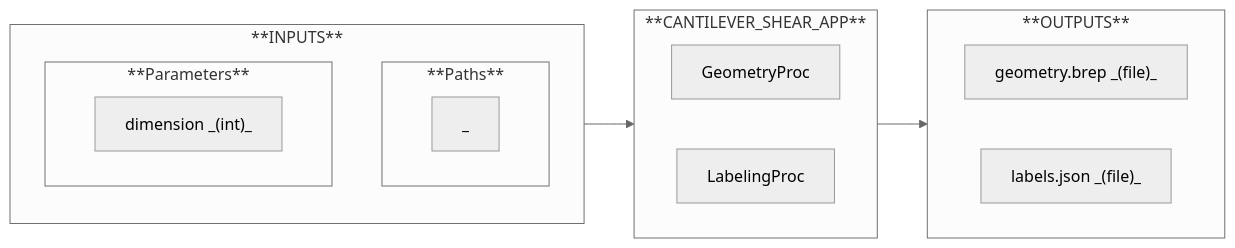
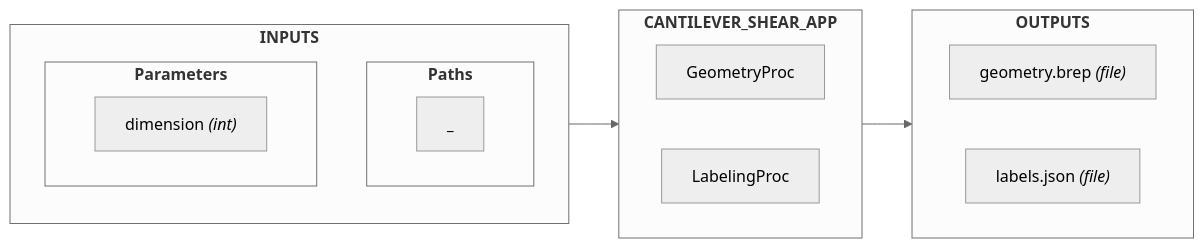
One commit to nuremics/sim-labs changed the fourth of 6 diagrams in src/nuremics_labs/apps/simulation/CANTILEVER_SHEAR_APP/README.md. Above: the diagram before and after it, drawn with Mermaid (neutral theme). The commit also changed other lines of this file, not shown here.

````diff
--- a/src/nuremics_labs/apps/simulation/CANTILEVER_SHEAR_APP/README.md
+++ b/src/nuremics_labs/apps/simulation/CANTILEVER_SHEAR_APP/README.md
@@ -72,31 +72,31 @@
 ```mermaid
 flowchart LR
-  subgraph **INPUTS**
+  subgraph Inputs[<b>INPUTS<b>]
     direction TB
 
-    subgraph **Paths**
+    subgraph Paths[<b>Paths<b>]
       direction LR
       path["_"]
     end
 
-    subgraph **Parameters**
+    subgraph Parameters[<b>Parameters<b>]
       direction LR
-      param1["dimension _(int)_"]
+      param1["dimension <i>(int)<i>"]
     end
   end
 
-  subgraph **CANTILEVER_SHEAR_APP**
+  subgraph App[<b>CANTILEVER_SHEAR_APP<b>]
     direction RL
     proc1["GeometryProc"]
     proc2["LabelingProc"]
   end
 
-  subgraph **OUTPUTS**
+  subgraph Outputs[<b>OUTPUTS<b>]
     direction RL
-    out1["geometry.brep _(file)_"]
-    out2["labels.json _(file)_"]
+    out1["geometry.brep <i>(file)<i>"]
+    out2["labels.json <i>(file)<i>"]
   end
 
-  **INPUTS** --> **CANTILEVER_SHEAR_APP**
-  **CANTILEVER_SHEAR_APP** --> **OUTPUTS**
+  Inputs --> App
+  App --> Outputs
 ```
````
